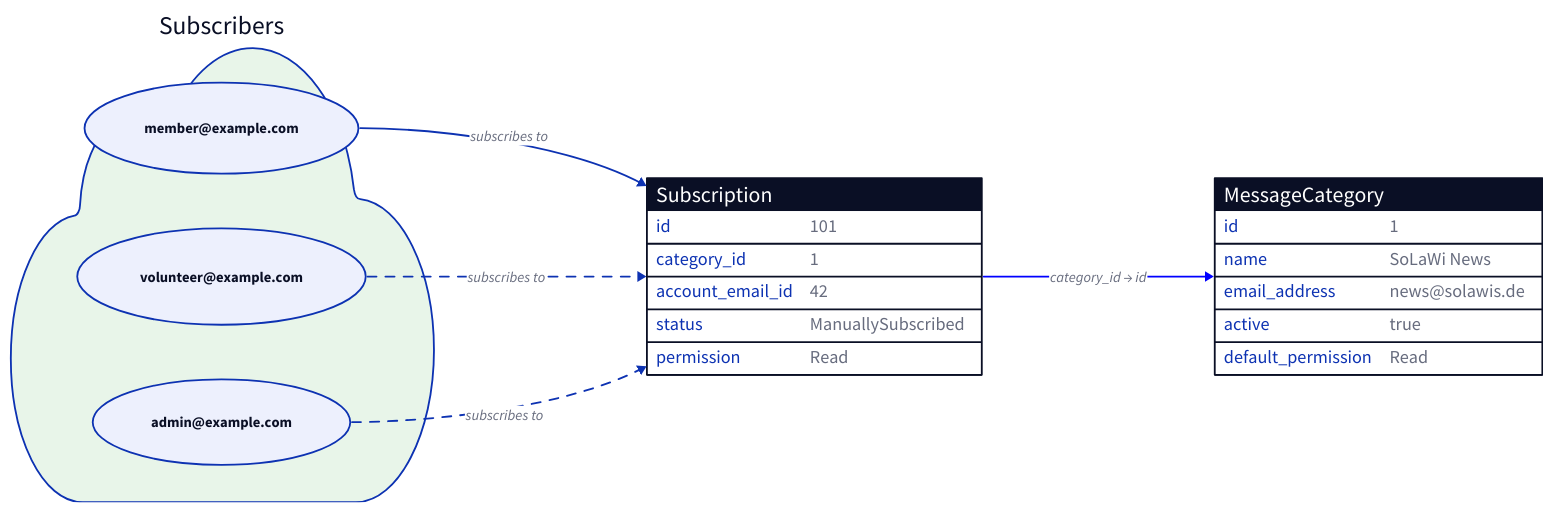
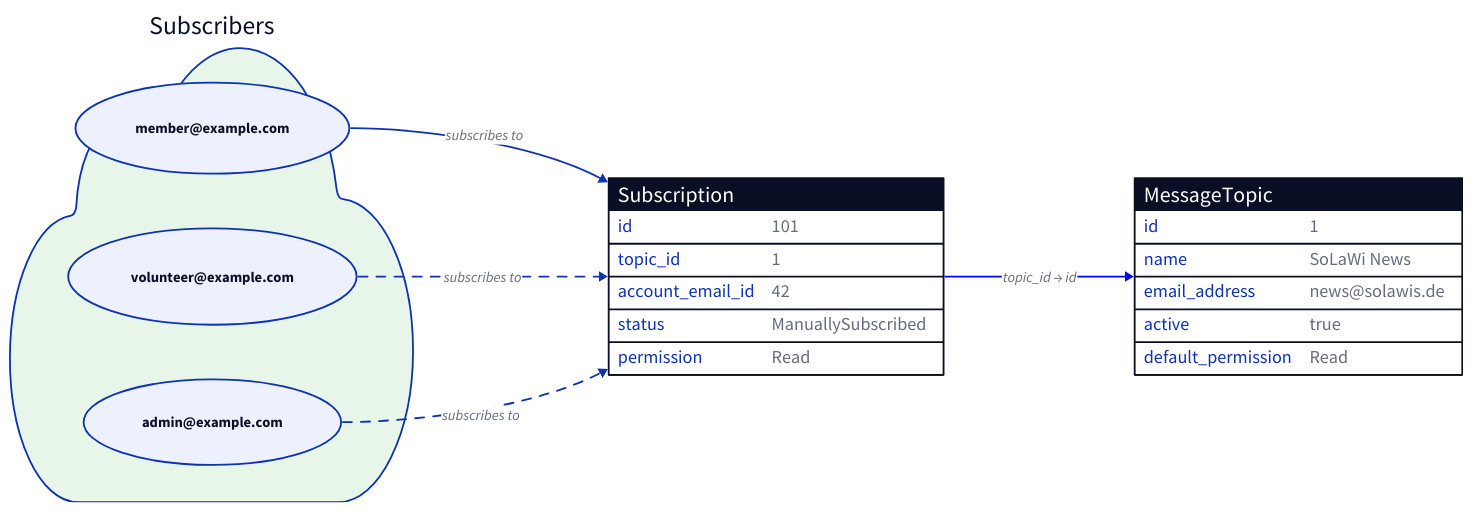
One commit to enaut/kommunikationszentrum changed the diagram in docs/src/email/categories-subscription-relationship.d2. Above: the diagram before and after it, drawn with D2. The commit also changed other lines of this file and 217 other files, not shown here.

```diff
--- a/docs/src/email/categories-subscription-relationship.d2
+++ b/docs/src/email/categories-subscription-relationship.d2
@@ -1,33 +1,33 @@
 direction: right
 
-categories: "MessageCategory" {
+topics: "MessageTopic" {
     shape: sql_table
     id: 1
     name: "SoLaWi News"
     email_address: "news@solawis.de"
     active: true
     default_permission: "Read"
 }
 subscriptions: "Subscription"{
     shape: sql_table
     id: 101
-    category_id: 1
+    topic_id: 1
     account_email_id: 42
     status: "ManuallySubscribed"
     permission: "Read"
 }
 
-subscriptions.category_id -> categories.id: "category_id → id" {
+subscriptions.topic_id -> topics.id: "topic_id → id" {
   style.stroke: blue
 }
 subscribers: "Subscribers" {
   shape: cloud
   style.fill: "#e8f5e9"
   user1: "member@example.com" { shape: oval }
   user2: "volunteer@example.com" { shape: oval }
   user3: "admin@example.com" { shape: oval }
 }
 
 subscribers.user1 -> subscriptions: "subscribes to"
 subscribers.user2 -> subscriptions: "subscribes to" { style.stroke-dash: 5 }
 subscribers.user3 -> subscriptions: "subscribes to" { style.stroke-dash: 5 }
```
